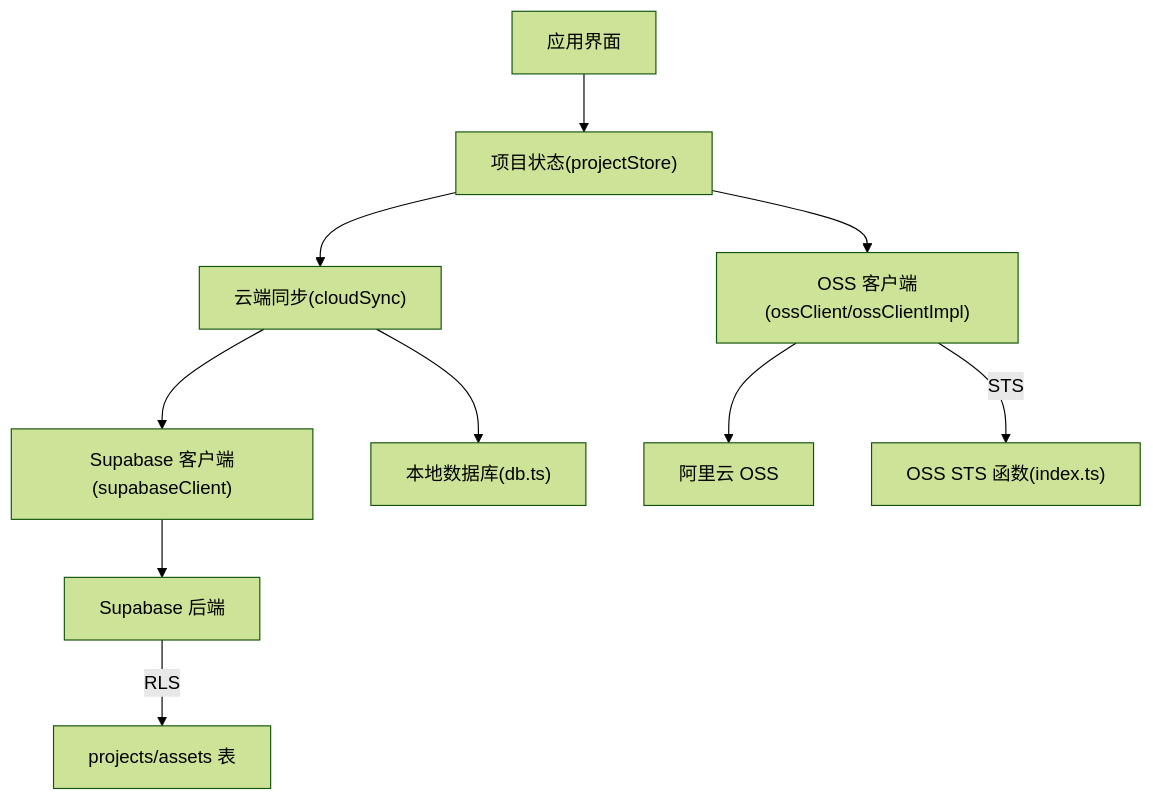
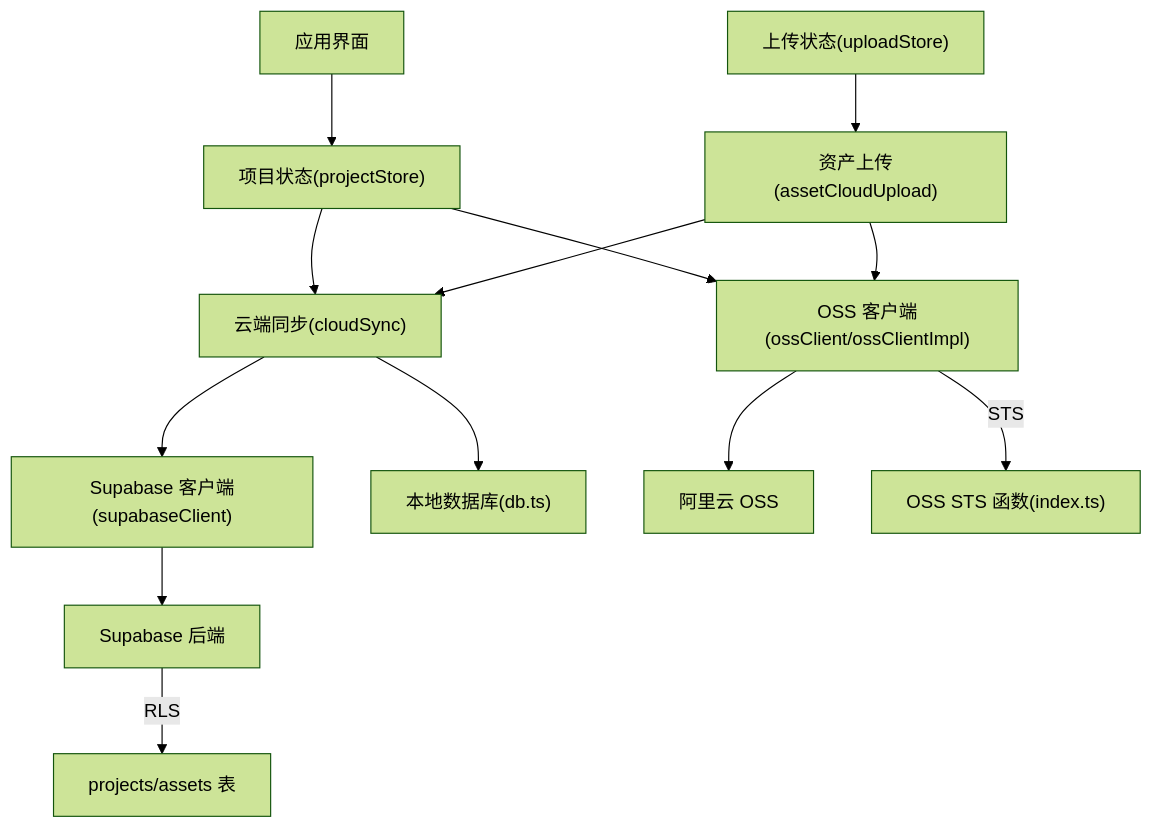
One commit to suqi-bot/SuQCanvas changed the first of 5 diagrams in .qoder/repowiki/zh/content/协作同步系统/云端同步.md. Above: the diagram before and after it, drawn with Mermaid (forest theme). The commit also changed other lines of this file and 69 other files, not shown here.

````diff
--- a/.qoder/repowiki/zh/content/协作同步系统/云端同步.md
+++ b/.qoder/repowiki/zh/content/协作同步系统/云端同步.md
@@ -48,12 +62,15 @@
 ```mermaid
 graph TB
 UI["应用界面"] --> PS["项目状态(projectStore)"]
 PS --> CS["云端同步(cloudSync)"]
 CS --> SB["Supabase 客户端(supabaseClient)"]
 CS --> DBX["本地数据库(db.ts)"]
 PS --> OS["OSS 客户端(ossClient/ossClientImpl)"]
 OS --> OSS["阿里云 OSS"]
 SB --> SUPA["Supabase 后端"]
 SUPA --> |RLS| TBL["projects/assets 表"]
 OS --> |STS| FUNC["OSS STS 函数(index.ts)"]
+ACU["资产上传(assetCloudUpload)"] --> OS
+ACU --> CS
+US["上传状态(uploadStore)"] --> ACU
 ```
````
